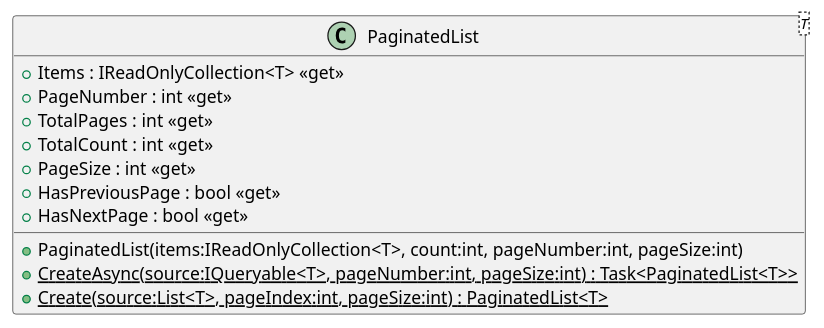
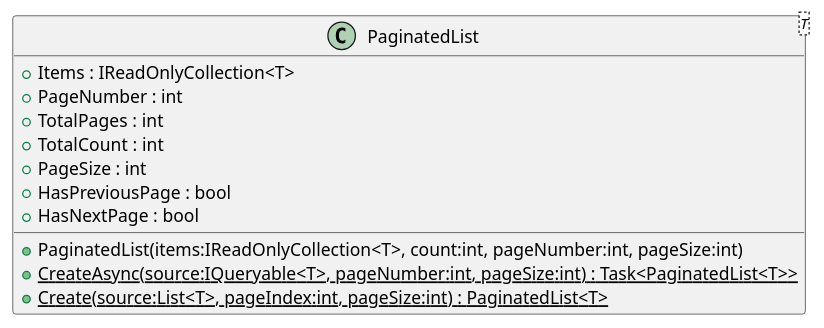
One commit to thanhkhac/SEP_Diagram changed the diagram in common/Models/PaginatedList.puml. Above: the diagram before and after it, drawn with PlantUML. The commit also changed 99 other files, not shown here.

Commit message:
Remove C# property stereotypes from PlantUML files

```diff
--- a/common/Models/PaginatedList.puml
+++ b/common/Models/PaginatedList.puml
@@ -1,14 +1,14 @@
 @startuml
 class "PaginatedList<T>" as PaginatedList {
-    + Items : IReadOnlyCollection<T> <<get>>
-    + PageNumber : int <<get>>
-    + TotalPages : int <<get>>
-    + TotalCount : int <<get>>
-    + PageSize : int <<get>>
-    + HasPreviousPage : bool <<get>>
-    + HasNextPage : bool <<get>>
+    + Items : IReadOnlyCollection<T>
+    + PageNumber : int
+    + TotalPages : int
+    + TotalCount : int
+    + PageSize : int
+    + HasPreviousPage : bool
+    + HasNextPage : bool
     + PaginatedList(items:IReadOnlyCollection<T>, count:int, pageNumber:int, pageSize:int)
     + {static} CreateAsync(source:IQueryable<T>, pageNumber:int, pageSize:int) : Task<PaginatedList<T>>
     + {static} Create(source:List<T>, pageIndex:int, pageSize:int) : PaginatedList<T>
 }
 @enduml
```
